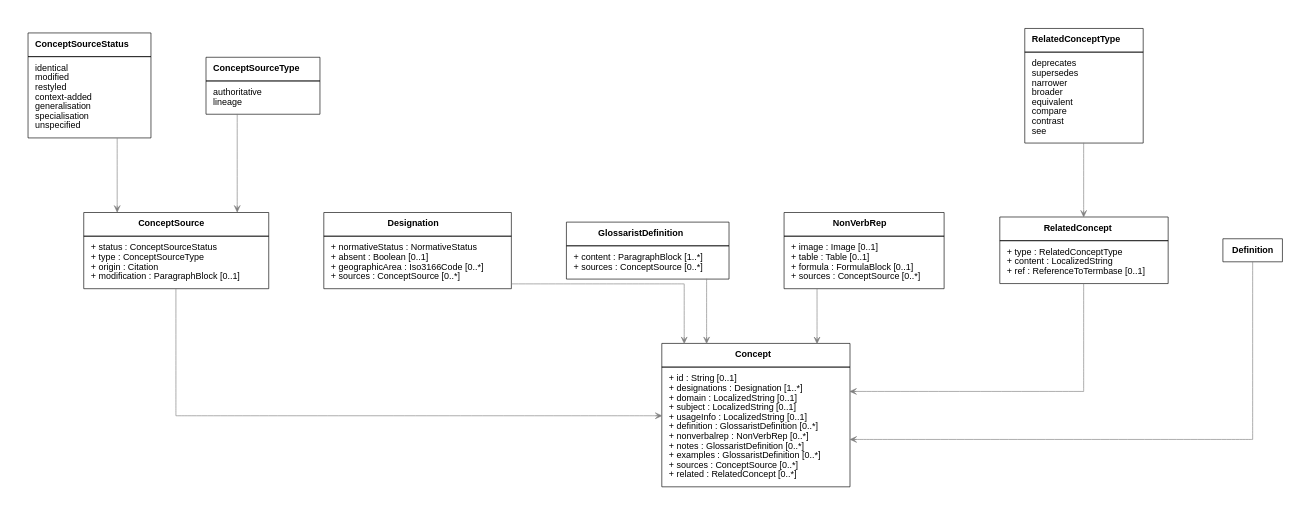
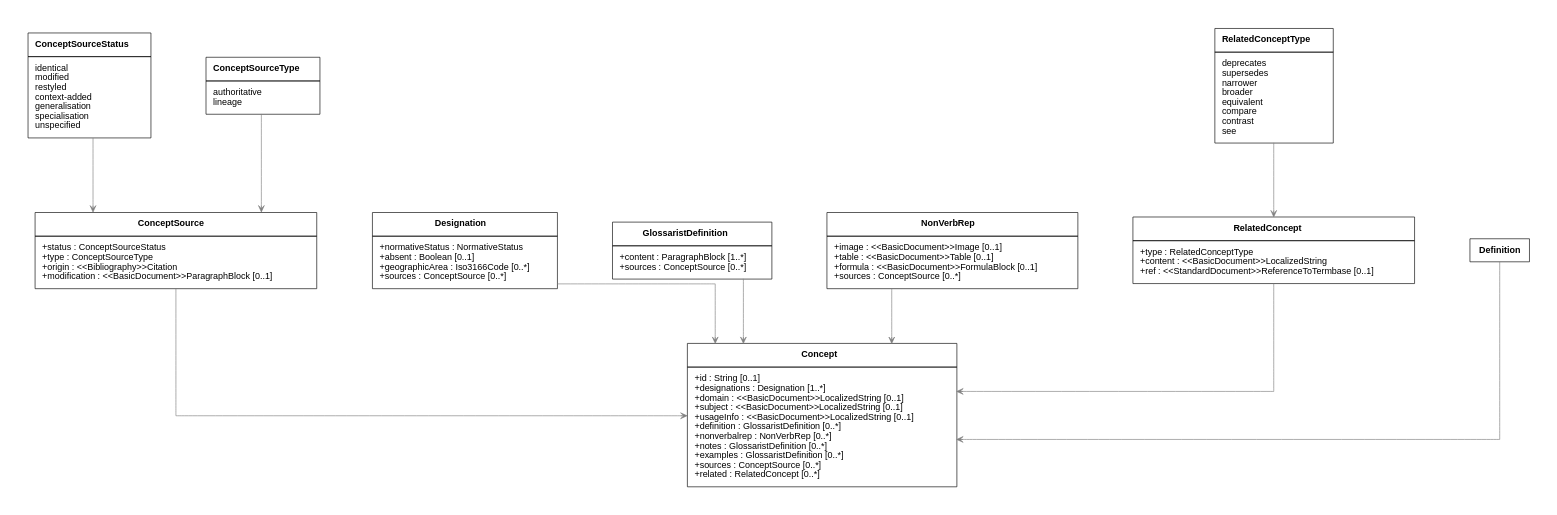
The diagram in lutaml/Concepts.dot (glossarist/concept-model), drawn with Graphviz before and after one commit. The commit also changed 7 other files, not shown here.

```diff
--- a/lutaml/Concepts.dot
+++ b/lutaml/Concepts.dot
@@ -12,17 +12,17 @@
   <TR>
     <TD>
           <TABLE BORDER="0" CELLPADDING="0" CELLSPACING="0">
-            <TR><TD ALIGN="LEFT">+ id : String &#91;0..1&#93;</TD></TR>
-            <TR><TD ALIGN="LEFT">+ designations : Designation &#91;1..*&#93;</TD></TR>
-            <TR><TD ALIGN="LEFT">+ domain : LocalizedString &#91;0..1&#93;</TD></TR>
-            <TR><TD ALIGN="LEFT">+ subject : LocalizedString &#91;0..1&#93;</TD></TR>
-            <TR><TD ALIGN="LEFT">+ usageInfo : LocalizedString &#91;0..1&#93;</TD></TR>
-            <TR><TD ALIGN="LEFT">+ definition : GlossaristDefinition &#91;0..*&#93;</TD></TR>
-            <TR><TD ALIGN="LEFT">+ nonverbalrep : NonVerbRep &#91;0..*&#93;</TD></TR>
-            <TR><TD ALIGN="LEFT">+ notes : GlossaristDefinition &#91;0..*&#93;</TD></TR>
-            <TR><TD ALIGN="LEFT">+ examples : GlossaristDefinition &#91;0..*&#93;</TD></TR>
-            <TR><TD ALIGN="LEFT">+ sources : ConceptSource &#91;0..*&#93;</TD></TR>
-            <TR><TD ALIGN="LEFT">+ related : RelatedConcept &#91;0..*&#93;</TD></TR>
+            <TR><TD ALIGN="LEFT">+id : String &#91;0..1&#93;</TD></TR>
+            <TR><TD ALIGN="LEFT">+designations : Designation &#91;1..*&#93;</TD></TR>
+            <TR><TD ALIGN="LEFT">+domain : &#60;&#60;BasicDocument&#62;&#62;LocalizedString &#91;0..1&#93;</TD></TR>
+            <TR><TD ALIGN="LEFT">+subject : &#60;&#60;BasicDocument&#62;&#62;LocalizedString &#91;0..1&#93;</TD></TR>
+            <TR><TD ALIGN="LEFT">+usageInfo : &#60;&#60;BasicDocument&#62;&#62;LocalizedString &#91;0..1&#93;</TD></TR>
+            <TR><TD ALIGN="LEFT">+definition : GlossaristDefinition &#91;0..*&#93;</TD></TR>
+            <TR><TD ALIGN="LEFT">+nonverbalrep : NonVerbRep &#91;0..*&#93;</TD></TR>
+            <TR><TD ALIGN="LEFT">+notes : GlossaristDefinition &#91;0..*&#93;</TD></TR>
+            <TR><TD ALIGN="LEFT">+examples : GlossaristDefinition &#91;0..*&#93;</TD></TR>
+            <TR><TD ALIGN="LEFT">+sources : ConceptSource &#91;0..*&#93;</TD></TR>
+            <TR><TD ALIGN="LEFT">+related : RelatedConcept &#91;0..*&#93;</TD></TR>
           </TABLE>
         </TD>
   </TR>
@@ -39,10 +39,10 @@
   <TR>
     <TD>
           <TABLE BORDER="0" CELLPADDING="0" CELLSPACING="0">
-            <TR><TD ALIGN="LEFT">+ status : ConceptSourceStatus</TD></TR>
-            <TR><TD ALIGN="LEFT">+ type : ConceptSourceType</TD></TR>
-            <TR><TD ALIGN="LEFT">+ origin : Citation</TD></TR>
-            <TR><TD ALIGN="LEFT">+ modification : ParagraphBlock &#91;0..1&#93;</TD></TR>
+            <TR><TD ALIGN="LEFT">+status : ConceptSourceStatus</TD></TR>
+            <TR><TD ALIGN="LEFT">+type : ConceptSourceType</TD></TR>
+            <TR><TD ALIGN="LEFT">+origin : &#60;&#60;Bibliography&#62;&#62;Citation</TD></TR>
+            <TR><TD ALIGN="LEFT">+modification : &#60;&#60;BasicDocument&#62;&#62;ParagraphBlock &#91;0..1&#93;</TD></TR>
           </TABLE>
         </TD>
   </TR>
@@ -59,10 +59,10 @@
   <TR>
     <TD>
           <TABLE BORDER="0" CELLPADDING="0" CELLSPACING="0">
-            <TR><TD ALIGN="LEFT">+ normativeStatus : NormativeStatus</TD></TR>
-            <TR><TD ALIGN="LEFT">+ absent : Boolean &#91;0..1&#93;</TD></TR>
-            <TR><TD ALIGN="LEFT">+ geographicArea : Iso3166Code &#91;0..*&#93;</TD></TR>
-            <TR><TD ALIGN="LEFT">+ sources : ConceptSource &#91;0..*&#93;</TD></TR>
+            <TR><TD ALIGN="LEFT">+normativeStatus : NormativeStatus</TD></TR>
+            <TR><TD ALIGN="LEFT">+absent : Boolean &#91;0..1&#93;</TD></TR>
+            <TR><TD ALIGN="LEFT">+geographicArea : Iso3166Code &#91;0..*&#93;</TD></TR>
+            <TR><TD ALIGN="LEFT">+sources : ConceptSource &#91;0..*&#93;</TD></TR>
           </TABLE>
         </TD>
   </TR>
@@ -79,8 +79,8 @@
   <TR>
     <TD>
           <TABLE BORDER="0" CELLPADDING="0" CELLSPACING="0">
-            <TR><TD ALIGN="LEFT">+ content : ParagraphBlock &#91;1..*&#93;</TD></TR>
-            <TR><TD ALIGN="LEFT">+ sources : ConceptSource &#91;0..*&#93;</TD></TR>
+            <TR><TD ALIGN="LEFT">+content : ParagraphBlock &#91;1..*&#93;</TD></TR>
+            <TR><TD ALIGN="LEFT">+sources : ConceptSource &#91;0..*&#93;</TD></TR>
           </TABLE>
         </TD>
   </TR>
@@ -97,10 +97,10 @@
   <TR>
     <TD>
           <TABLE BORDER="0" CELLPADDING="0" CELLSPACING="0">
-            <TR><TD ALIGN="LEFT">+ image : Image &#91;0..1&#93;</TD></TR>
-            <TR><TD ALIGN="LEFT">+ table : Table &#91;0..1&#93;</TD></TR>
-            <TR><TD ALIGN="LEFT">+ formula : FormulaBlock &#91;0..1&#93;</TD></TR>
-            <TR><TD ALIGN="LEFT">+ sources : ConceptSource &#91;0..*&#93;</TD></TR>
+            <TR><TD ALIGN="LEFT">+image : &#60;&#60;BasicDocument&#62;&#62;Image &#91;0..1&#93;</TD></TR>
+            <TR><TD ALIGN="LEFT">+table : &#60;&#60;BasicDocument&#62;&#62;Table &#91;0..1&#93;</TD></TR>
+            <TR><TD ALIGN="LEFT">+formula : &#60;&#60;BasicDocument&#62;&#62;FormulaBlock &#91;0..1&#93;</TD></TR>
+            <TR><TD ALIGN="LEFT">+sources : ConceptSource &#91;0..*&#93;</TD></TR>
           </TABLE>
         </TD>
   </TR>
@@ -117,9 +117,9 @@
   <TR>
     <TD>
           <TABLE BORDER="0" CELLPADDING="0" CELLSPACING="0">
-            <TR><TD ALIGN="LEFT">+ type : RelatedConceptType</TD></TR>
-            <TR><TD ALIGN="LEFT">+ content : LocalizedString</TD></TR>
-            <TR><TD ALIGN="LEFT">+ ref : ReferenceToTermbase &#91;0..1&#93;</TD></TR>
+            <TR><TD ALIGN="LEFT">+type : RelatedConceptType</TD></TR>
+            <TR><TD ALIGN="LEFT">+content : &#60;&#60;BasicDocument&#62;&#62;LocalizedString</TD></TR>
+            <TR><TD ALIGN="LEFT">+ref : &#60;&#60;StandardDocument&#62;&#62;ReferenceToTermbase &#91;0..1&#93;</TD></TR>
           </TABLE>
         </TD>
   </TR>
@@ -136,13 +136,13 @@
   <TR>
     <TD>
           <TABLE BORDER="0" CELLPADDING="0" CELLSPACING="0">
-            <TR><TD ALIGN="LEFT"> identical</TD></TR>
-            <TR><TD ALIGN="LEFT"> modified</TD></TR>
-            <TR><TD ALIGN="LEFT"> restyled</TD></TR>
-            <TR><TD ALIGN="LEFT"> context-added</TD></TR>
-            <TR><TD ALIGN="LEFT"> generalisation</TD></TR>
-            <TR><TD ALIGN="LEFT"> specialisation</TD></TR>
-            <TR><TD ALIGN="LEFT"> unspecified</TD></TR>
+            <TR><TD ALIGN="LEFT">identical</TD></TR>
+            <TR><TD ALIGN="LEFT">modified</TD></TR>
+            <TR><TD ALIGN="LEFT">restyled</TD></TR>
+            <TR><TD ALIGN="LEFT">context-added</TD></TR>
+            <TR><TD ALIGN="LEFT">generalisation</TD></TR>
+            <TR><TD ALIGN="LEFT">specialisation</TD></TR>
+            <TR><TD ALIGN="LEFT">unspecified</TD></TR>
           </TABLE>
         </TD>
   </TR>
@@ -159,8 +159,8 @@
   <TR>
     <TD>
           <TABLE BORDER="0" CELLPADDING="0" CELLSPACING="0">
-            <TR><TD ALIGN="LEFT"> authoritative</TD></TR>
-            <TR><TD ALIGN="LEFT"> lineage</TD></TR>
+            <TR><TD ALIGN="LEFT">authoritative</TD></TR>
+            <TR><TD ALIGN="LEFT">lineage</TD></TR>
           </TABLE>
         </TD>
   </TR>
@@ -177,14 +177,14 @@
   <TR>
     <TD>
           <TABLE BORDER="0" CELLPADDING="0" CELLSPACING="0">
-            <TR><TD ALIGN="LEFT"> deprecates</TD></TR>
-            <TR><TD ALIGN="LEFT"> supersedes</TD></TR>
-            <TR><TD ALIGN="LEFT"> narrower</TD></TR>
-            <TR><TD ALIGN="LEFT"> broader</TD></TR>
-            <TR><TD ALIGN="LEFT"> equivalent</TD></TR>
-            <TR><TD ALIGN="LEFT"> compare</TD></TR>
-            <TR><TD ALIGN="LEFT"> contrast</TD></TR>
-            <TR><TD ALIGN="LEFT"> see</TD></TR>
+            <TR><TD ALIGN="LEFT">deprecates</TD></TR>
+            <TR><TD ALIGN="LEFT">supersedes</TD></TR>
+            <TR><TD ALIGN="LEFT">narrower</TD></TR>
+            <TR><TD ALIGN="LEFT">broader</TD></TR>
+            <TR><TD ALIGN="LEFT">equivalent</TD></TR>
+            <TR><TD ALIGN="LEFT">compare</TD></TR>
+            <TR><TD ALIGN="LEFT">contrast</TD></TR>
+            <TR><TD ALIGN="LEFT">see</TD></TR>
           </TABLE>
         </TD>
   </TR>
```
